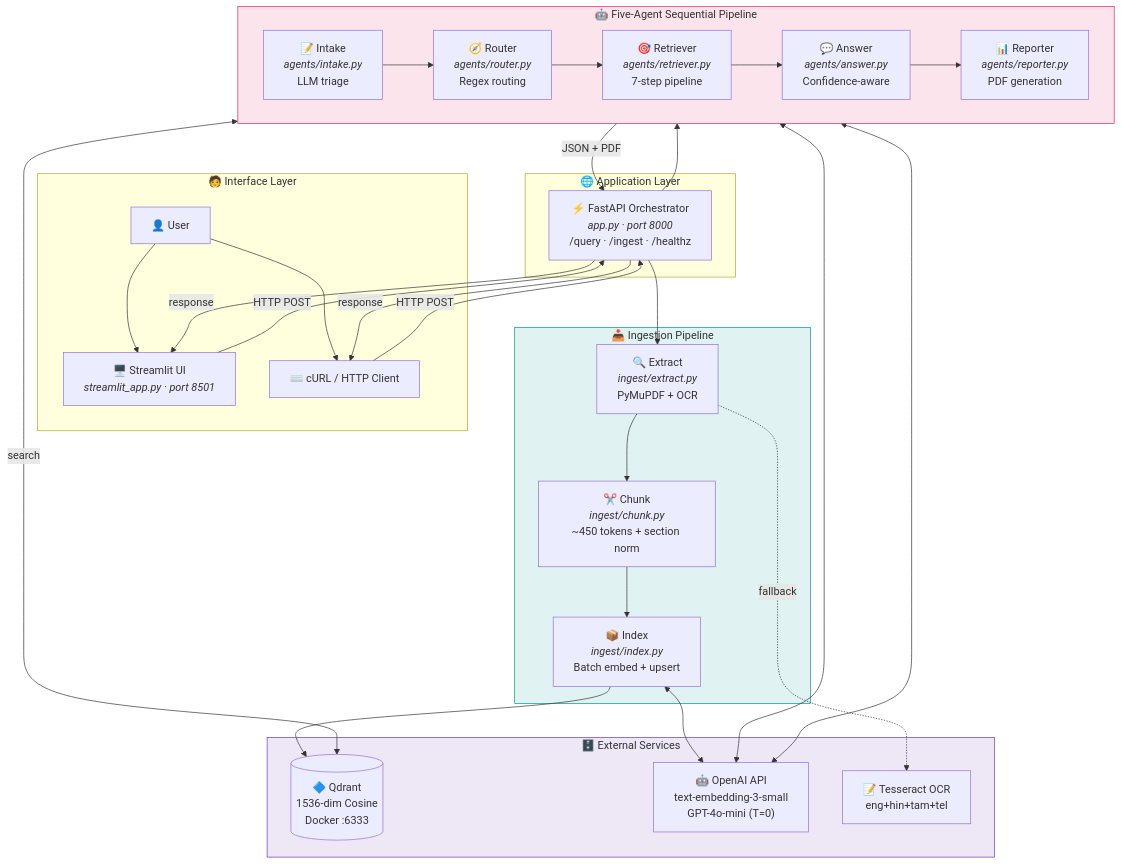
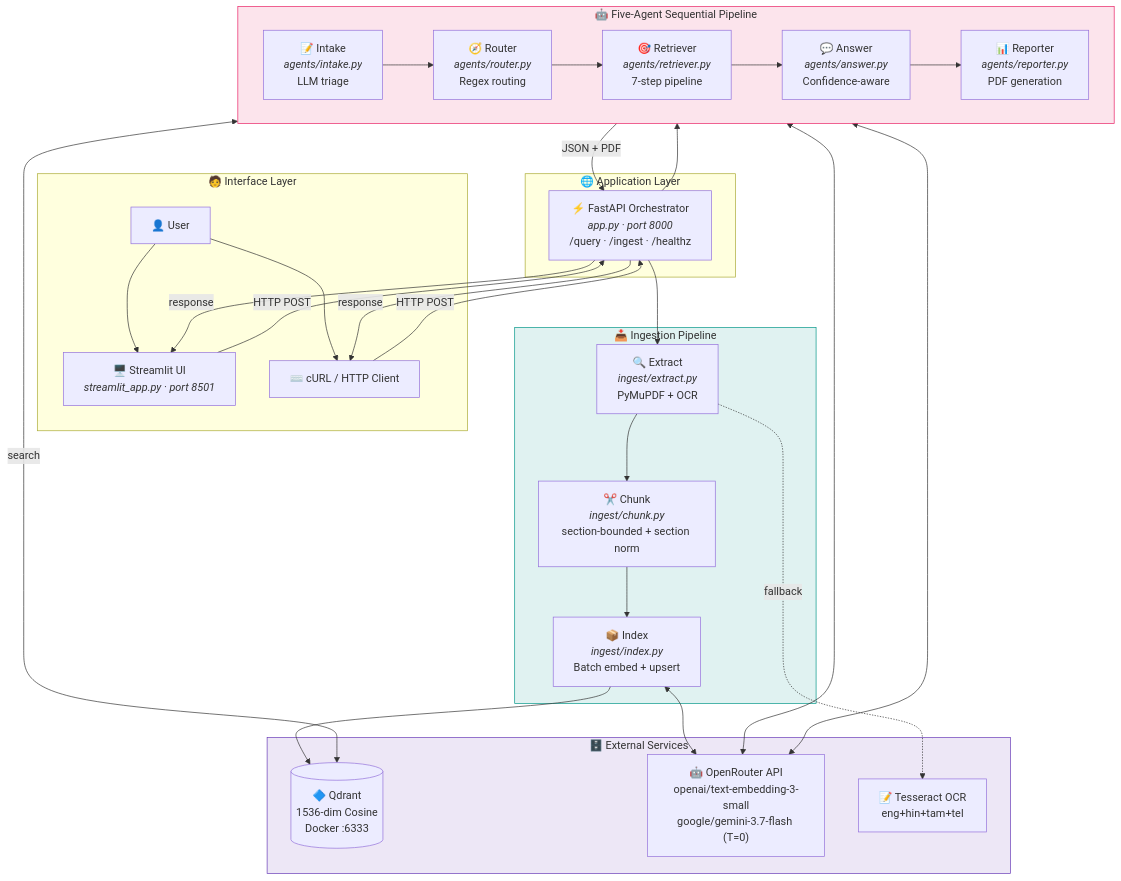
Before and after one commit to uditauniyal/legal-mvp: the second of 9 diagrams in README.md, drawn with Mermaid. The commit also changed other lines of this file and 10 other files, not shown here.

````diff
--- a/README.md
+++ b/README.md
@@ -122,52 +375,52 @@
 ```mermaid
 flowchart TD
     subgraph UI["🧑 Interface Layer"]
         USER["👤 User"]
         STUI["🖥️ Streamlit UI<br/><i>streamlit_app.py · port 8501</i>"]
         CURL["⌨️ cURL / HTTP Client"]
     end
 
     subgraph API["🌐 Application Layer"]
         FA["⚡ FastAPI Orchestrator<br/><i>app.py · port 8000</i><br/>/query · /ingest · /healthz"]
     end
 
     subgraph Agents["🤖 Five-Agent Sequential Pipeline"]
         direction LR
         INTAKE["📝 Intake<br/><i>agents/intake.py</i><br/>LLM triage"]
         ROUTER["🧭 Router<br/><i>agents/router.py</i><br/>Regex routing"]
         RETRIEVER["🎯 Retriever<br/><i>agents/retriever.py</i><br/>7-step pipeline"]
         ANSWER["💬 Answer<br/><i>agents/answer.py</i><br/>Confidence-aware"]
         REPORTER["📊 Reporter<br/><i>agents/reporter.py</i><br/>PDF generation"]
         INTAKE --> ROUTER --> RETRIEVER --> ANSWER --> REPORTER
     end
 
     subgraph Ingest["📥 Ingestion Pipeline"]
         EXT["🔍 Extract<br/><i>ingest/extract.py</i><br/>PyMuPDF + OCR"]
-        CHK["✂️ Chunk<br/><i>ingest/chunk.py</i><br/>~450 tokens + section norm"]
+        CHK["✂️ Chunk<br/><i>ingest/chunk.py</i><br/>section-bounded + section norm"]
         IDX["📦 Index<br/><i>ingest/index.py</i><br/>Batch embed + upsert"]
         EXT --> CHK --> IDX
     end
 
     subgraph Infra["🗄️ External Services"]
         QD[("🔷 Qdrant<br/>1536-dim Cosine<br/>Docker :6333")]
-        OAI["🤖 OpenAI API<br/>text-embedding-3-small<br/>GPT-4o-mini (T=0)"]
+        OAI["🤖 OpenRouter API<br/>openai/text-embedding-3-small<br/>google/gemini-3.7-flash (T=0)"]
         OCR["📝 Tesseract OCR<br/>eng+hin+tam+tel"]
     end
 
     USER --> STUI & CURL
     STUI & CURL -->|"HTTP POST"| FA
     FA --> INTAKE
     FA --> EXT
     RETRIEVER <-->|"search"| QD
     IDX --> QD
     RETRIEVER <--> OAI
     ANSWER <--> OAI
     IDX <--> OAI
     EXT -.->|"fallback"| OCR
     REPORTER -->|"JSON + PDF"| FA
     FA -->|"response"| STUI & CURL
 
     style Agents fill:#fce4ec,stroke:#E91E63
     style Ingest fill:#e0f2f1,stroke:#009688
     style Infra fill:#ede7f6,stroke:#673AB7
 ```
````
